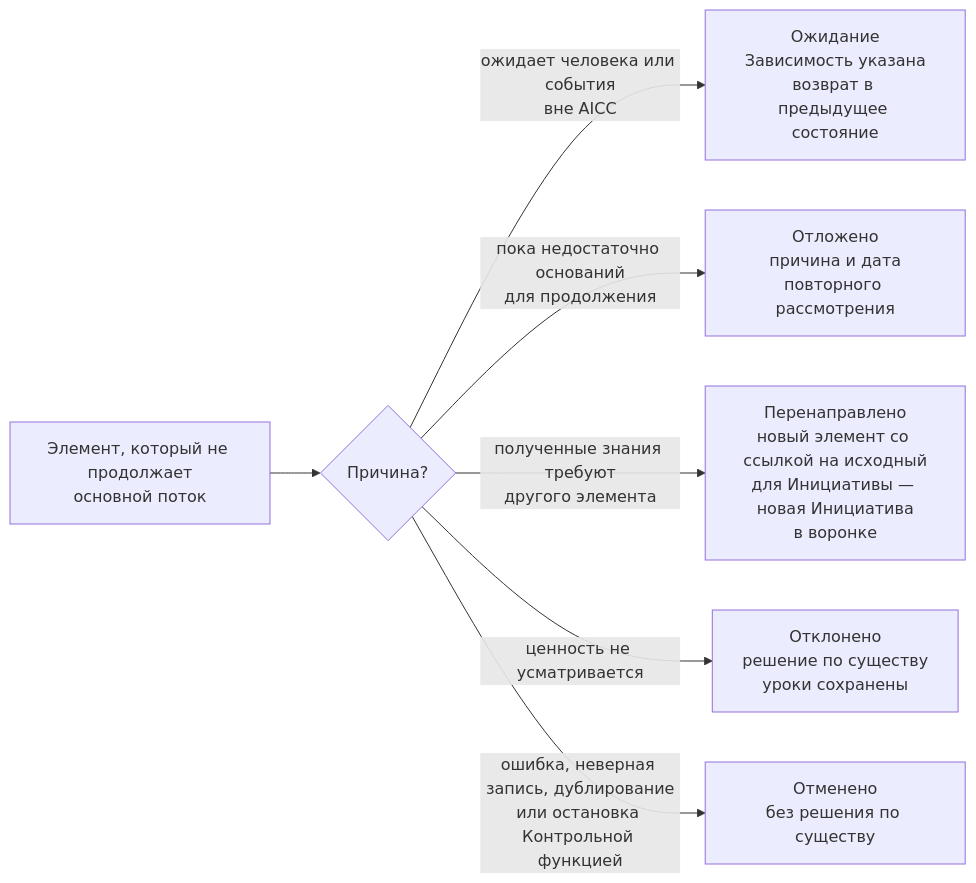
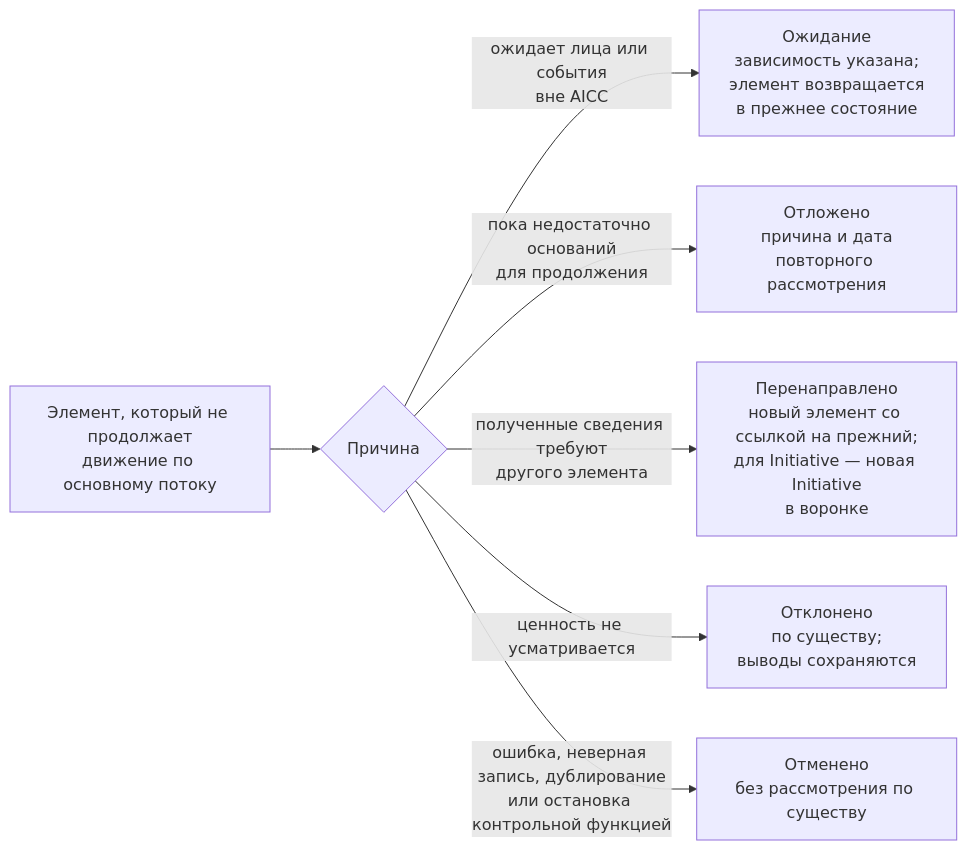
One commit to devhogu/ob-aicc changed the fourth of 5 diagrams in charter/ru/guides/service-delivery-guide.md. Above: the diagram before and after it, drawn with Mermaid. The commit also changed other lines of this file and 6 other files, not shown here.

````diff
--- a/charter/ru/guides/service-delivery-guide.md
+++ b/charter/ru/guides/service-delivery-guide.md
@@ -80,9 +80,9 @@
 ```mermaid
 flowchart LR
-  IT["Элемент, который не продолжает<br/>основной поток"] --> Q{"Причина?"}
-  Q -->|"ожидает человека или события<br/>вне AICC"| WT["Ожидание<br/>Зависимость указана<br/>возврат в предыдущее состояние"]
+  IT["Элемент, который не продолжает<br/>движение по основному потоку"] --> Q{"Причина"}
+  Q -->|"ожидает лица или события<br/>вне AICC"| WT["Ожидание<br/>зависимость указана;<br/>элемент возвращается<br/>в прежнее состояние"]
   Q -->|"пока недостаточно оснований<br/>для продолжения"| DF["Отложено<br/>причина и дата<br/>повторного рассмотрения"]
-  Q -->|"полученные знания требуют<br/>другого элемента"| PV["Перенаправлено<br/>новый элемент со ссылкой на исходный<br/>для Инициативы — новая Инициатива<br/>в воронке"]
-  Q -->|"ценность не усматривается"| RJ["Отклонено<br/>решение по существу<br/>уроки сохранены"]
-  Q -->|"ошибка, неверная запись, дублирование<br/>или остановка Контрольной функцией"| CN["Отменено<br/>без решения по существу"]
+  Q -->|"полученные сведения требуют<br/>другого элемента"| PV["Перенаправлено<br/>новый элемент со ссылкой на прежний;<br/>для Initiative — новая Initiative<br/>в воронке"]
+  Q -->|"ценность не усматривается"| RJ["Отклонено<br/>по существу;<br/>выводы сохраняются"]
+  Q -->|"ошибка, неверная запись, дублирование<br/>или остановка контрольной функцией"| CN["Отменено<br/>без рассмотрения по существу"]
 ```
````
